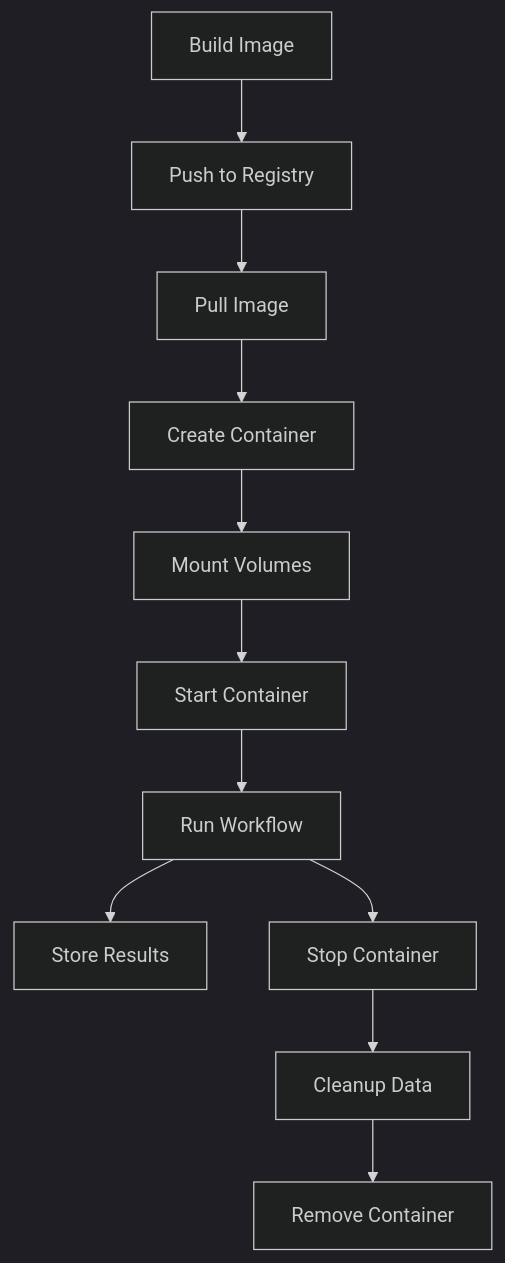
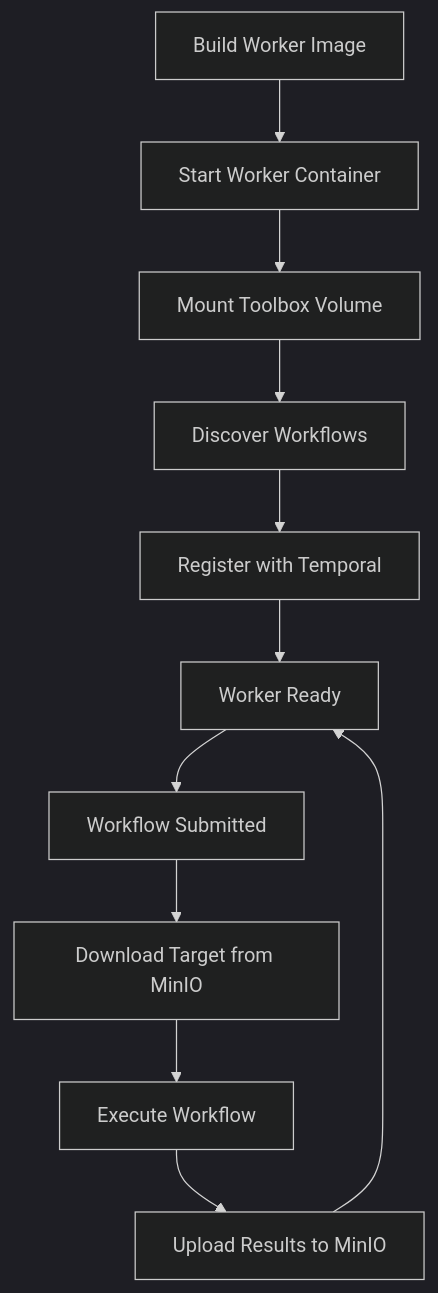
One commit to FuzzingLabs/fuzzforge_ai changed the diagram in docs/docs/concept/docker-containers.md. Above: the diagram before and after it, drawn with Mermaid (dark theme). The commit also changed other lines of this file and 20 other files, not shown here.

````diff
--- a/docs/docs/concept/docker-containers.md
+++ b/docs/docs/concept/docker-containers.md
@@ -39,13 +39,13 @@
 ```mermaid
 graph TB
-    Build[Build Image] --> Push[Push to Registry]
-    Push --> Pull[Pull Image]
-    Pull --> Create[Create Container]
-    Create --> Mount[Mount Volumes]
-    Mount --> Start[Start Container]
-    Start --> Execute[Run Workflow]
-    Execute --> Results[Store Results]
-    Execute --> Stop[Stop Container]
-    Stop --> Cleanup[Cleanup Data]
-    Cleanup --> Remove[Remove Container]
+    Build[Build Worker Image] --> Start[Start Worker Container]
+    Start --> Mount[Mount Toolbox Volume]
+    Mount --> Discover[Discover Workflows]
+    Discover --> Register[Register with Temporal]
+    Register --> Ready[Worker Ready]
+    Ready --> Workflow[Workflow Submitted]
+    Workflow --> Download[Download Target from MinIO]
+    Download --> Execute[Execute Workflow]
+    Execute --> Upload[Upload Results to MinIO]
+    Upload --> Ready
 ```
````
